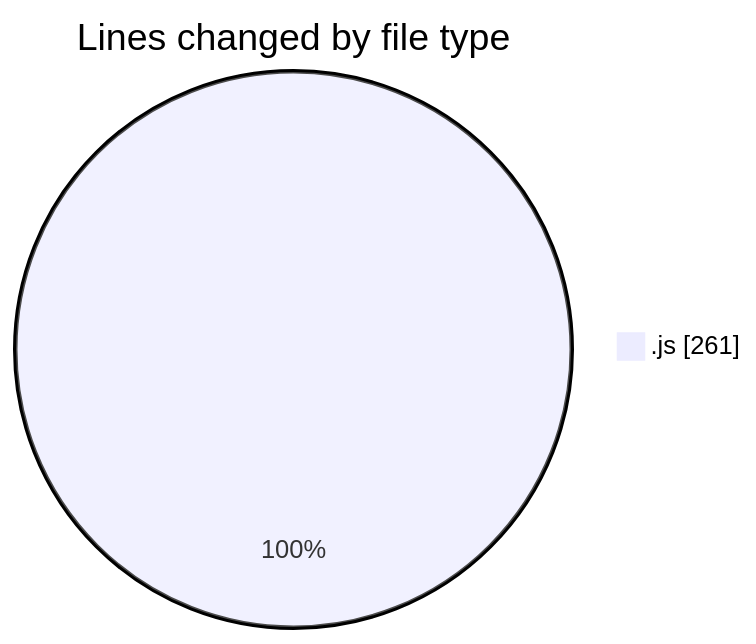
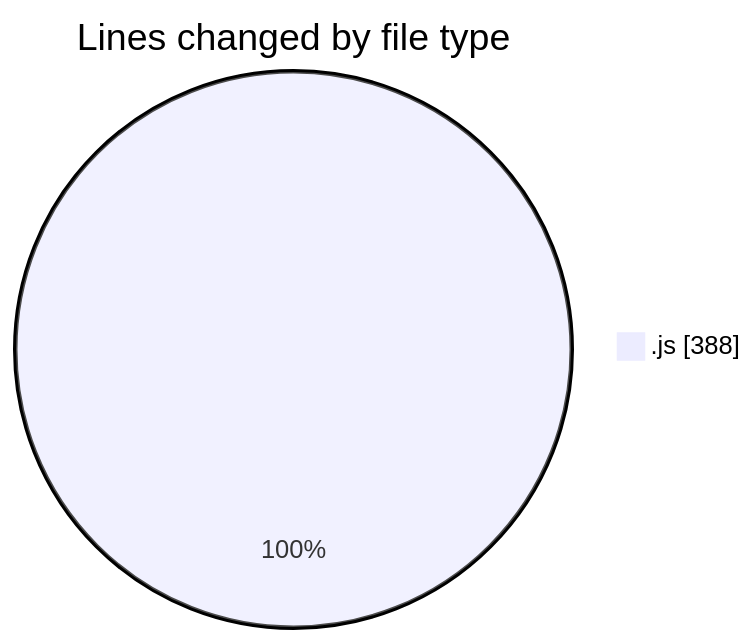
One commit to lephambinh05/code-tracking changed the first of 2 diagrams in 2025-07-10/mail-listener2-0_1_3/README.md. Above: the diagram before and after it, drawn with Mermaid. The commit also changed other lines of this file and 1 other file, not shown here.

````diff
--- a/2025-07-10/mail-listener2-0_1_3/README.md
+++ b/2025-07-10/mail-listener2-0_1_3/README.md
@@ -21,5 +22,5 @@
 ```mermaid
 pie showData
 title Lines changed by file type
-".js" : 261
+".js" : 388
 ```
````
